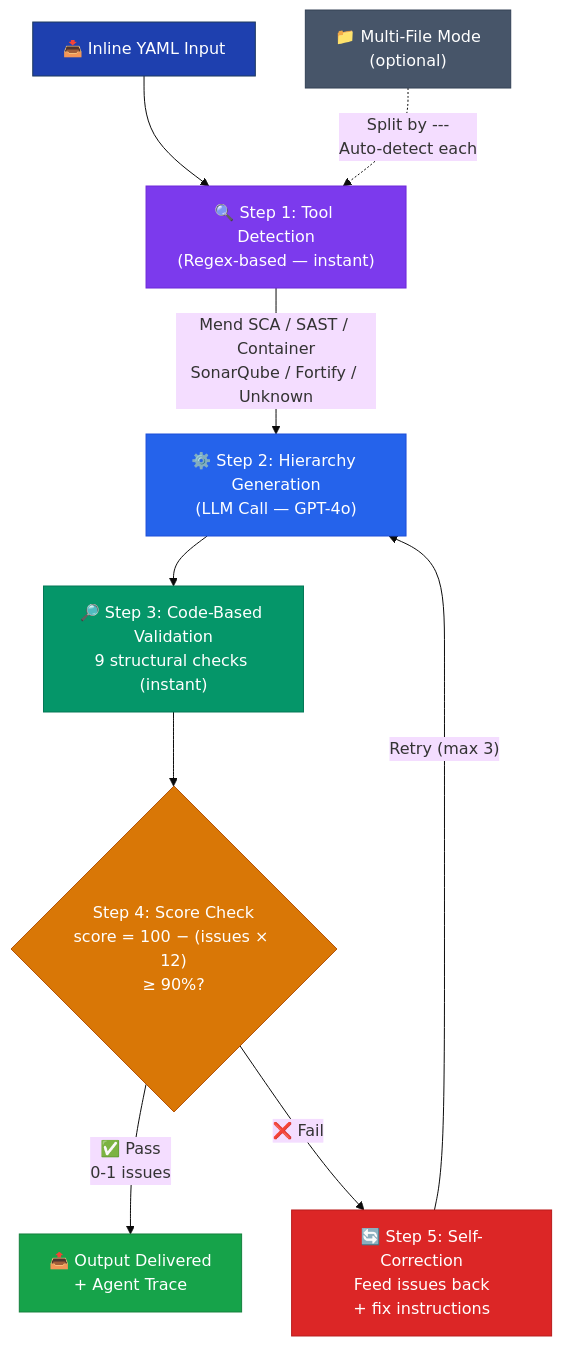
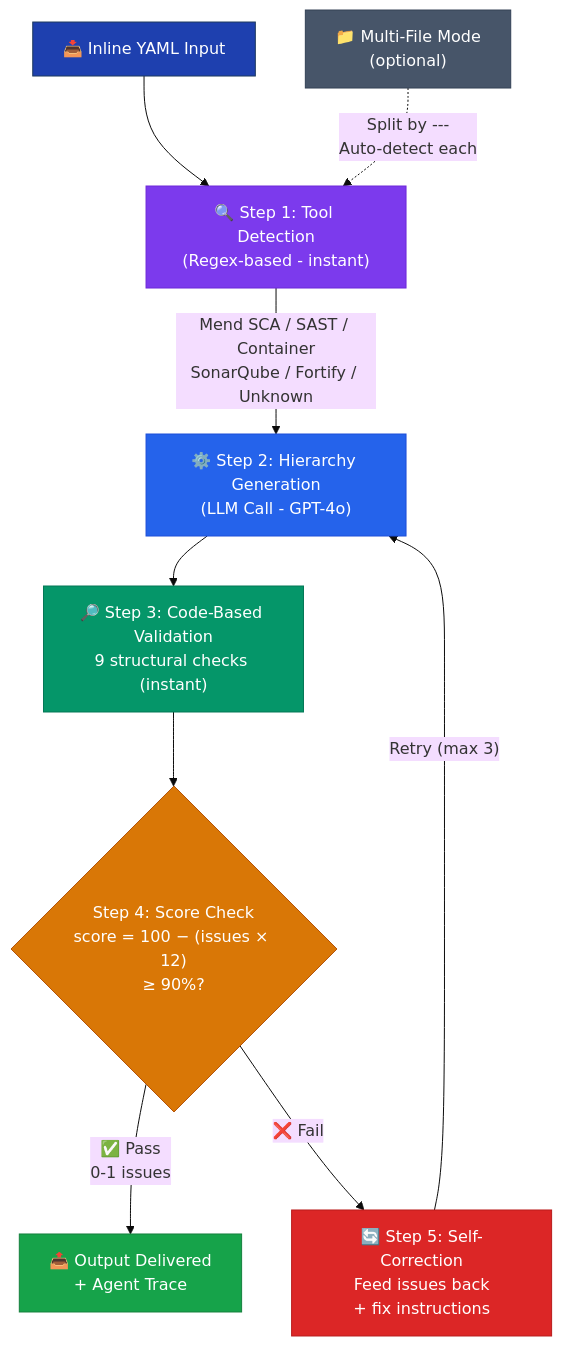
Before and after one commit to jaywmz/coe-compliance-agent: the second of 3 diagrams in README.md, drawn with Mermaid (base theme). The commit also changed other lines of this file, not shown here.

````diff
--- a/README.md
+++ b/README.md
@@ -95,21 +95,21 @@
 ```mermaid
 flowchart TD
-    A["📥 Inline YAML Input"] --> B["🔍 Step 1: Tool Detection\n(Regex-based — instant)"]
-    B --> |"Mend SCA / SAST / Container\nSonarQube / Fortify / Unknown"| C["⚙️ Step 2: Hierarchy Generation\n(LLM Call — GPT-4o)"]
+    A["📥 Inline YAML Input"] --> B["🔍 Step 1: Tool Detection\n(Regex-based - instant)"]
+    B --> |"Mend SCA / SAST / Container\nSonarQube / Fortify / Unknown"| C["⚙️ Step 2: Hierarchy Generation\n(LLM Call - GPT-4o)"]
     C --> D["🔎 Step 3: Code-Based Validation\n9 structural checks (instant)"]
     D --> E{"Step 4: Score Check\nscore = 100 − (issues × 12)\n≥ 90%?"}
     E -- "✅ Pass\n0-1 issues" --> G["📤 Output Delivered\n+ Agent Trace"]
     E -- "❌ Fail" --> F["🔄 Step 5: Self-Correction\nFeed issues back\n+ fix instructions"]
     F --> |"Retry (max 3)"| C
 
     H["📁 Multi-File Mode\n(optional)"] -.-> |"Split by ---\nAuto-detect each"| B
 
     style A fill:#1e40af,color:#fff,stroke:#1e3a5f
     style B fill:#7c3aed,color:#fff,stroke:#6d28d9
     style C fill:#2563eb,color:#fff,stroke:#1d4ed8
     style D fill:#059669,color:#fff,stroke:#047857
     style E fill:#d97706,color:#fff,stroke:#b45309
     style F fill:#dc2626,color:#fff,stroke:#b91c1c
     style G fill:#16a34a,color:#fff,stroke:#15803d
     style H fill:#475569,color:#fff,stroke:#334155
 ```
````
